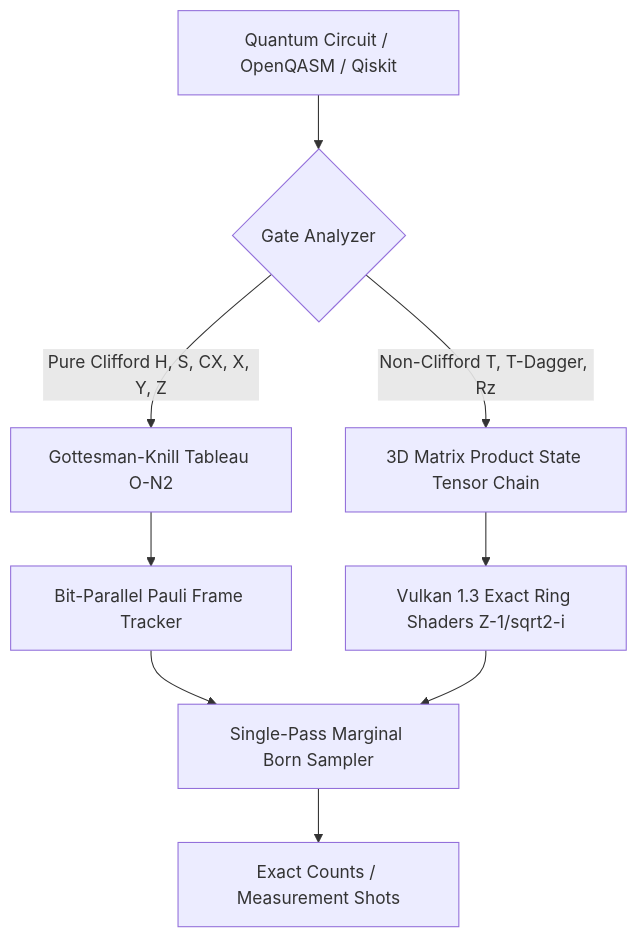
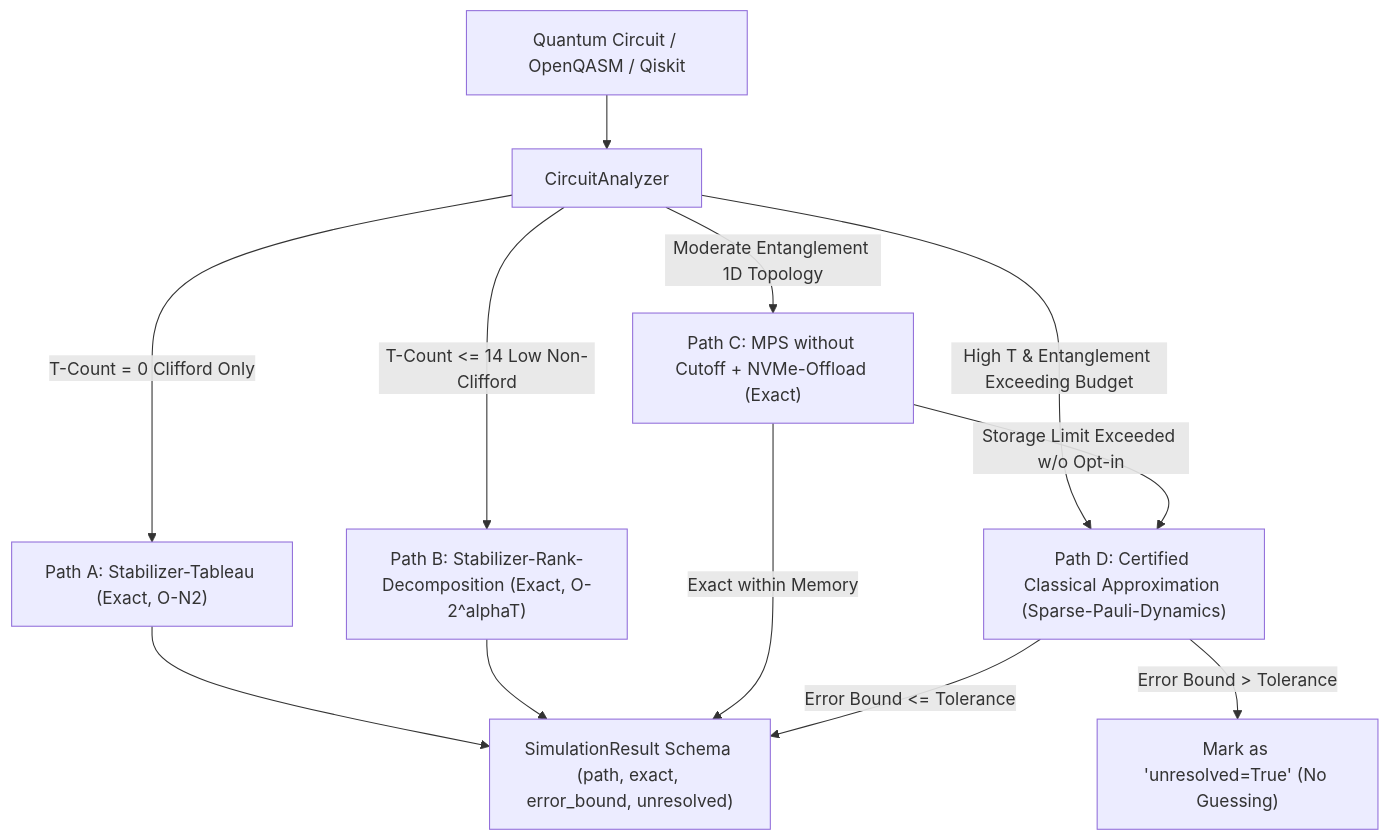
The diagram in README.md (timfromhcs/CQ-HECS), drawn with Mermaid before and after one commit. The commit also changed other lines of this file and 20 other files, not shown here.

Commit message:
feat: migrate to verified 4-path classical architecture and deterministic cloud build

````diff
--- a/README.md
+++ b/README.md
@@ -31,11 +29,15 @@
 ```mermaid
 graph TD
-    A[Quantum Circuit / OpenQASM / Qiskit] --> B{Gate Analyzer}
-    B -->|Pure Clifford H, S, CX, X, Y, Z| C[Gottesman-Knill Tableau O-N2]
-    B -->|Non-Clifford T, T-Dagger, Rz| D[3D Matrix Product State Tensor Chain]
-    C --> E[Bit-Parallel Pauli Frame Tracker]
-    D --> F[Vulkan 1.3 Exact Ring Shaders Z-1/sqrt2-i]
-    E --> G[Single-Pass Marginal Born Sampler]
-    F --> G
-    G --> H[Exact Counts / Measurement Shots]
+    A[Quantum Circuit / OpenQASM / Qiskit] --> B[CircuitAnalyzer]
+    B -->|T-Count = 0 Clifford Only| PathA["Path A: Stabilizer-Tableau (Exact, O-N2)"]
+    B -->|T-Count <= 14 Low Non-Clifford| PathB["Path B: Stabilizer-Rank-Decomposition (Exact, O-2^alphaT)"]
+    B -->|Moderate Entanglement 1D Topology| PathC["Path C: MPS without Cutoff + NVMe-Offload (Exact)"]
+    B -->|High T & Entanglement Exceeding Budget| PathD["Path D: Certified Classical Approximation (Sparse-Pauli-Dynamics)"]
+
+    PathA --> R["SimulationResult Schema (path, exact, error_bound, unresolved)"]
+    PathB --> R
+    PathC -->|Storage Limit Exceeded w/o Opt-in| PathD
+    PathC -->|Exact within Memory| R
+    PathD -->|Error Bound <= Tolerance| R
+    PathD -->|Error Bound > Tolerance| U["Mark as 'unresolved=True' (No Guessing)"]
 ```
````
